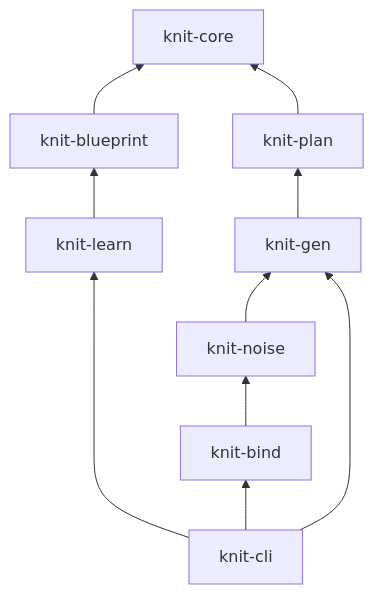
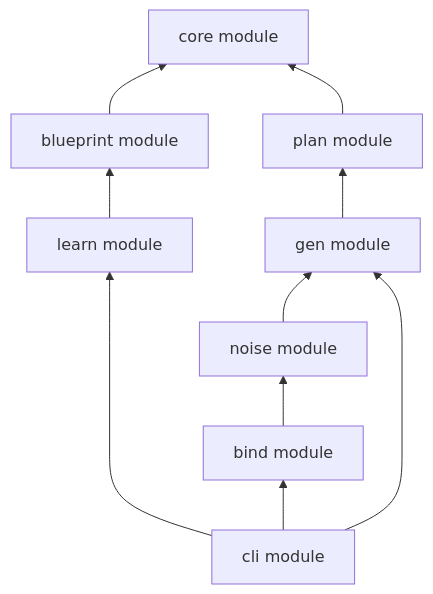
The first of 2 diagrams in docs/design-core.md (Yaming-Hub/knit), drawn with Mermaid before and after one commit. The commit also changed other lines of this file and 10 other files, not shown here.

````diff
--- a/docs/design-core.md
+++ b/docs/design-core.md
@@ -18,11 +18,11 @@
 ```mermaid
 flowchart BT
-    core[knit-core]
-    blueprint[knit-blueprint] --> core
-    plan[knit-plan] --> core
-    gen[knit-gen] --> plan
-    noise[knit-noise] --> gen
-    bind[knit-bind] --> noise
-    learn[knit-learn] --> blueprint
-    cli[knit-cli] --> gen & learn & bind
+    core[core module]
+    blueprint[blueprint module] --> core
+    plan[plan module] --> core
+    gen[gen module] --> plan
+    noise[noise module] --> gen
+    bind[bind module] --> noise
+    learn[learn module] --> blueprint
+    cli[cli module] --> gen & learn & bind
 ```
````
